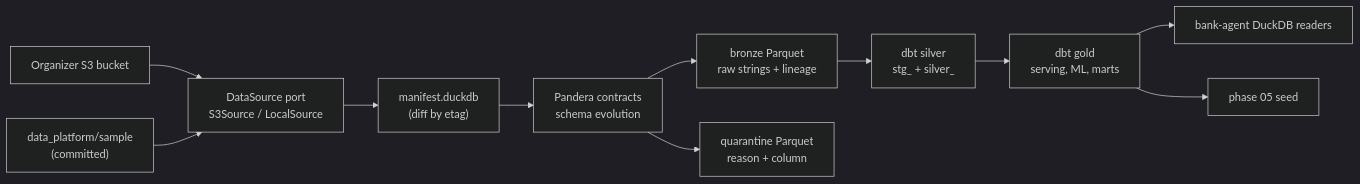
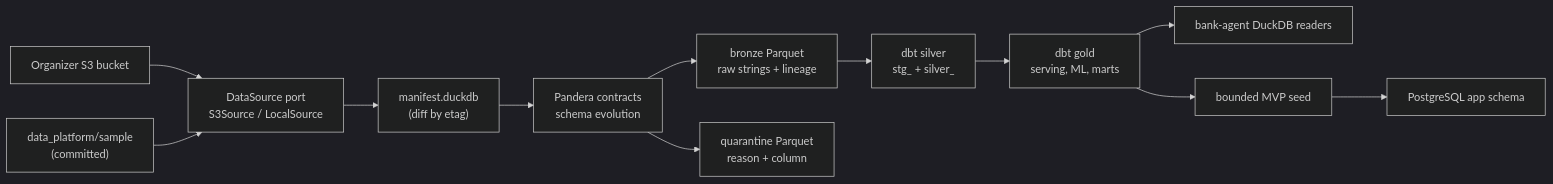
The diagram in data_platform/README.md (Youngermaster/factored-hackathon-2026-la-brasil-del-70), drawn with Mermaid (dark theme) before and after one commit. The commit also changed other lines of this file and 20 other files, not shown here.

````diff
--- a/data_platform/README.md
+++ b/data_platform/README.md
@@ -18,13 +18,14 @@
 ```mermaid
 flowchart LR
     s3["Organizer S3 bucket"] --> source["DataSource port<br/>S3Source / LocalSource"]
     sample["data_platform/sample<br/>(committed)"] --> source
     source --> manifest["manifest.duckdb<br/>(diff by etag)"]
     manifest --> contracts["Pandera contracts<br/>schema evolution"]
     contracts --> bronze["bronze Parquet<br/>raw strings + lineage"]
     contracts --> quarantine["quarantine Parquet<br/>reason + column"]
     bronze --> silver["dbt silver<br/>stg_ + silver_"]
     silver --> gold["dbt gold<br/>serving, ML, marts"]
     gold --> api["bank-agent DuckDB readers"]
-    gold --> seed["phase 05 seed"]
+    gold --> seed["bounded MVP seed"]
+    seed --> postgres["PostgreSQL app schema"]
 ```
````
